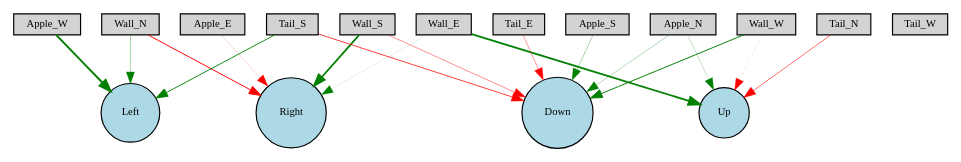
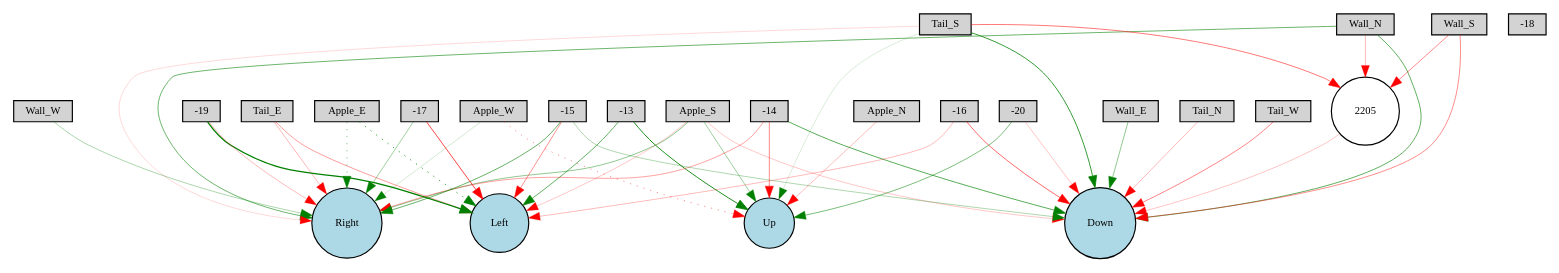
One commit to d-mihaila/NC-Project changed the diagram in results/network.gv. Above: the diagram before and after it, drawn with Graphviz. The commit also changed 11 other files, not shown here.

```diff
--- a/results/network.gv
+++ b/results/network.gv
@@ -1,36 +1,69 @@
 digraph {
 	node [fontsize=9 height=0.2 shape=circle width=0.2]
 	Wall_N [fillcolor=lightgray shape=box style=filled]
 	Wall_S [fillcolor=lightgray shape=box style=filled]
 	Wall_E [fillcolor=lightgray shape=box style=filled]
 	Wall_W [fillcolor=lightgray shape=box style=filled]
 	Tail_N [fillcolor=lightgray shape=box style=filled]
 	Tail_S [fillcolor=lightgray shape=box style=filled]
 	Tail_E [fillcolor=lightgray shape=box style=filled]
 	Tail_W [fillcolor=lightgray shape=box style=filled]
 	Apple_N [fillcolor=lightgray shape=box style=filled]
 	Apple_S [fillcolor=lightgray shape=box style=filled]
 	Apple_E [fillcolor=lightgray shape=box style=filled]
 	Apple_W [fillcolor=lightgray shape=box style=filled]
+	-13 [fillcolor=lightgray shape=box style=filled]
+	-14 [fillcolor=lightgray shape=box style=filled]
+	-15 [fillcolor=lightgray shape=box style=filled]
+	-16 [fillcolor=lightgray shape=box style=filled]
+	-17 [fillcolor=lightgray shape=box style=filled]
+	-18 [fillcolor=lightgray shape=box style=filled]
+	-19 [fillcolor=lightgray shape=box style=filled]
+	-20 [fillcolor=lightgray shape=box style=filled]
 	Up [fillcolor=lightblue style=filled]
 	Left [fillcolor=lightblue style=filled]
 	Down [fillcolor=lightblue style=filled]
 	Right [fillcolor=lightblue style=filled]
-	Wall_N -> Left [color=green penwidth=0.30140726830509507 style=solid]
-	Wall_S -> Right [color=green penwidth=1.4184470412960675 style=solid]
-	Apple_N -> Up [color=green penwidth=0.18854781701501688 style=solid]
-	Apple_S -> Down [color=green penwidth=0.29560233004686787 style=solid]
-	Wall_W -> Up [color=red penwidth=0.23659969566942043 style=dotted]
-	Wall_E -> Right [color=green penwidth=0.10388853765647056 style=solid]
-	Wall_E -> Up [color=green penwidth=1.5077521130818343 style=solid]
-	Tail_E -> Down [color=red penwidth=0.3510052765148659 style=solid]
-	Apple_W -> Left [color=green penwidth=1.6768400266421362 style=solid]
-	Wall_N -> Right [color=red penwidth=0.8340181844718556 style=solid]
-	Wall_W -> Down [color=green penwidth=0.8276566417367704 style=solid]
-	Tail_N -> Up [color=red penwidth=0.4912136934573115 style=solid]
-	Wall_S -> Down [color=red penwidth=0.3814182503193395 style=solid]
-	Apple_E -> Right [color=red penwidth=0.13598086351781974 style=solid]
-	Tail_S -> Left [color=green penwidth=0.7883958853183641 style=solid]
-	Apple_N -> Down [color=green penwidth=0.250669232387952 style=solid]
-	Tail_S -> Down [color=red penwidth=0.6459476917461882 style=solid]
+	2205 [fillcolor=white style=filled]
+	Wall_S -> Down [color=red penwidth=0.38121612865611465 style=solid]
+	Tail_E -> Right [color=red penwidth=0.24185060582488074 style=solid]
+	Apple_S -> Right [color=green penwidth=0.3679069034763425 style=solid]
+	Tail_S -> Up [color=green penwidth=0.12804875783762232 style=solid]
+	Tail_E -> Left [color=red penwidth=0.3322021217383295 style=solid]
+	Apple_E -> Left [color=green penwidth=0.7003498535897928 style=dotted]
+	Apple_S -> Up [color=green penwidth=0.32683071120778395 style=solid]
+	Wall_N -> Down [color=green penwidth=0.5328734713952318 style=solid]
+	Tail_N -> Down [color=red penwidth=0.24343235572943286 style=solid]
+	-13 -> Left [color=green penwidth=0.5192137834643298 style=solid]
+	Wall_N -> Right [color=green penwidth=0.48753395173448966 style=solid]
+	-15 -> Down [color=green penwidth=0.2666942119618867 style=solid]
+	Tail_S -> Down [color=green penwidth=0.6740295042265837 style=solid]
+	Apple_E -> Right [color=green penwidth=0.3961379652941728 style=dotted]
+	-14 -> Down [color=green penwidth=0.5638618048407257 style=solid]
+	-20 -> Up [color=green penwidth=0.43573555031173195 style=solid]
+	-20 -> Down [color=red penwidth=0.19193911593135504 style=solid]
+	-17 -> Left [color=red penwidth=0.6183535582991008 style=solid]
+	-14 -> Right [color=red penwidth=0.3107558773869771 style=solid]
+	Apple_W -> Up [color=red penwidth=0.389058610553739 style=dotted]
+	-14 -> Up [color=red penwidth=0.4002818223459137 style=solid]
+	-17 -> Right [color=green penwidth=0.31908410384551733 style=solid]
+	-15 -> Left [color=red penwidth=0.3729462769841533 style=solid]
+	Tail_W -> Down [color=red penwidth=0.413431523754087 style=solid]
+	-16 -> Left [color=red penwidth=0.2272763441436816 style=solid]
+	Wall_E -> Down [color=green penwidth=0.3726754978903072 style=solid]
+	Apple_S -> Down [color=red penwidth=0.19278407896948058 style=solid]
+	-19 -> Left [color=green penwidth=1.0726199905132494 style=solid]
+	Apple_N -> Up [color=red penwidth=0.22784433101680363 style=solid]
+	-13 -> Up [color=green penwidth=0.751165524317382 style=solid]
+	Apple_W -> Right [color=green penwidth=0.14940696322583746 style=solid]
+	Apple_S -> Left [color=red penwidth=0.19390205615786277 style=solid]
+	Tail_S -> Right [color=red penwidth=0.12993303483767135 style=solid]
+	Wall_W -> Right [color=green penwidth=0.2787078166587095 style=solid]
+	-15 -> Right [color=green penwidth=0.5120496107859929 style=solid]
+	-16 -> Down [color=red penwidth=0.503955723476726 style=solid]
+	-19 -> Right [color=red penwidth=0.22885202562165582 style=solid]
+	Wall_S -> 2205 [color=red penwidth=0.38800297485572566 style=solid]
+	2205 -> Down [color=red penwidth=0.2002571289697609 style=solid]
+	Tail_S -> 2205 [color=red penwidth=0.4469765291325507 style=solid]
+	Wall_N -> 2205 [color=red penwidth=0.2411498096301695 style=solid]
 }
```
